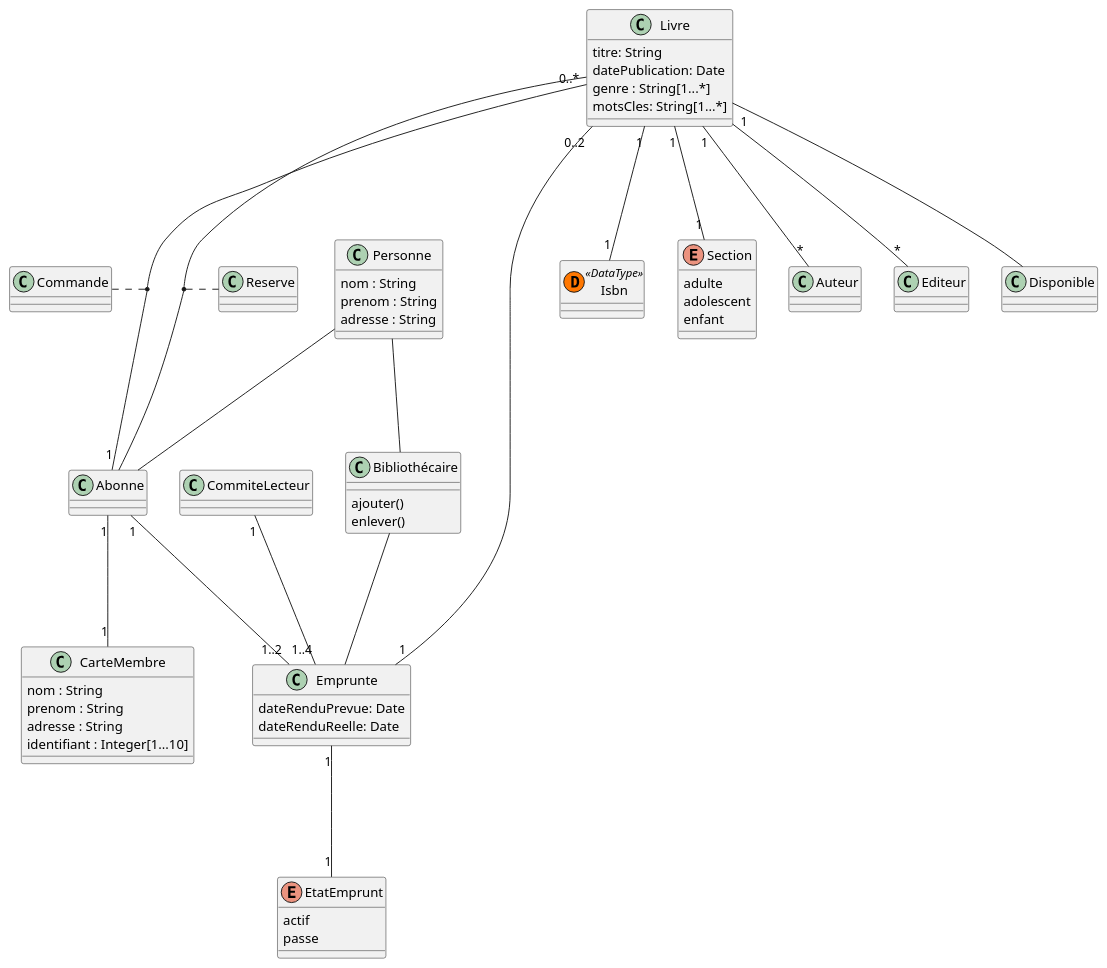
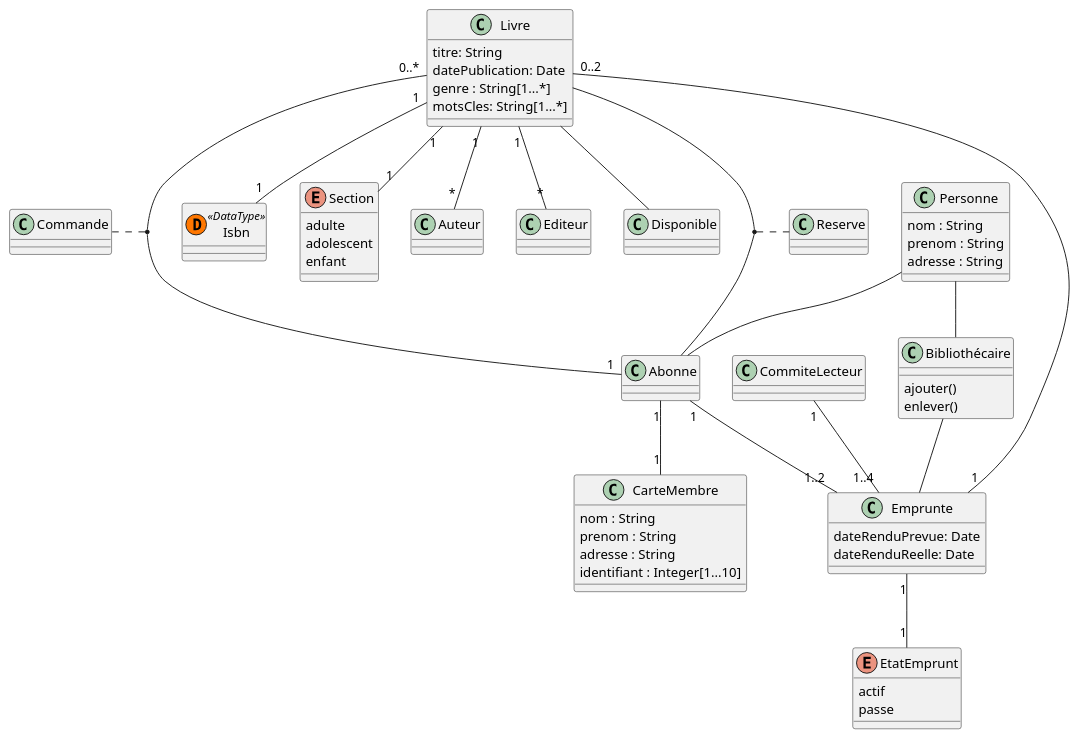
Before and after one commit to sybarry/Analyse-Logiciel: the diagram in exercices/modules/development/examples/classes.plantuml, drawn with PlantUML. The commit also changed 5 other files, not shown here.

```diff
--- a/exercices/modules/development/examples/classes.plantuml
+++ b/exercices/modules/development/examples/classes.plantuml
@@ -1,105 +1,105 @@
 @startuml
 class Livre {
        titre: String
        datePublication: Date
        genre : String[1...*]
        motsCles: String[1...*]
 }
 
 class Abonne {
 
 }
 
 class Emprunte {
        dateRenduPrevue: Date
        dateRenduReelle: Date
 }
 
 class CarteMembre {
     nom : String
     prenom : String
     adresse : String
     identifiant : Integer[1...10]
 }
 
 class Isbn <<(D,#FF7700) DataType>> {
 }
 
 enum Section {
       adulte
       adolescent
       enfant
 }
 
 Class Reserve {
 
 }
 
 Class Commande {
 
 }
 
 enum EtatEmprunt {
       actif
       passe
 }
 
 
 class CommiteLecteur {
 
 }
 
 class Personne {
      nom : String
      prenom : String
      adresse : String
 }
 
 class Bibliothécaire {
 
  ajouter()
  enlever()
 }
 
 
 class Auteur {
 
 }
 
 class Editeur {
 
 }
 
 
 
 Class Disponible {
 
 }
 
 
 
 
-Livre "0..2" --- "1" Emprunte
-Livre "1" --- "*" Auteur
-Livre "1" --- "*" Editeur
-Livre "1" --- "1" Section
-Livre "1" --- "1" Isbn
-Livre  ---  Disponible
+Livre "0..2" -- "1" Emprunte
+Livre "1" -- "*" Auteur
+Livre "1" -- "*" Editeur
+Livre "1" -- "1" Section
+Livre "1" -- "1" Isbn
+Livre  --  Disponible
 
-Livre "0..*" --- "1" Abonne
-(Livre, Abonne) .. Commande
-(Livre, Abonne) .. Reserve
+Livre "0..*" -- "1" Abonne
+(Livre, Abonne) ... Commande
+(Livre, Abonne) ... Reserve
 
 
-Personne  ---  Abonne
-Personne  ---  Bibliothécaire
+Personne  --  Abonne
+Personne  --  Bibliothécaire
 
-Emprunte "1" --- "1" EtatEmprunt
-CommiteLecteur "1" --- "1..4" Emprunte
-Abonne "1" --- "1..2" Emprunte
-Abonne "1" --- "1" CarteMembre
+Emprunte "1" -- "1" EtatEmprunt
+CommiteLecteur "1" -- "1..4" Emprunte
+Abonne "1" -- "1..2" Emprunte
+Abonne "1" -- "1" CarteMembre
 
-Bibliothécaire  ---  Emprunte
+Bibliothécaire  --  Emprunte
 
 
 @enduml
```
